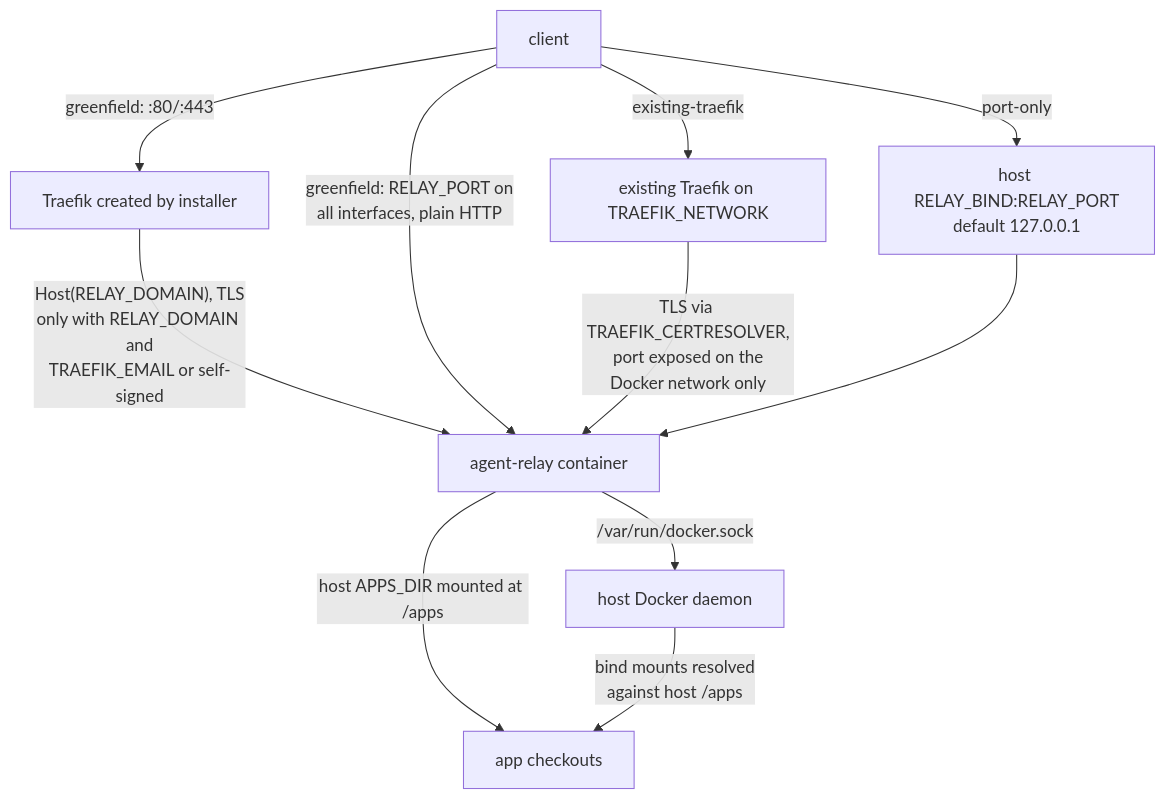
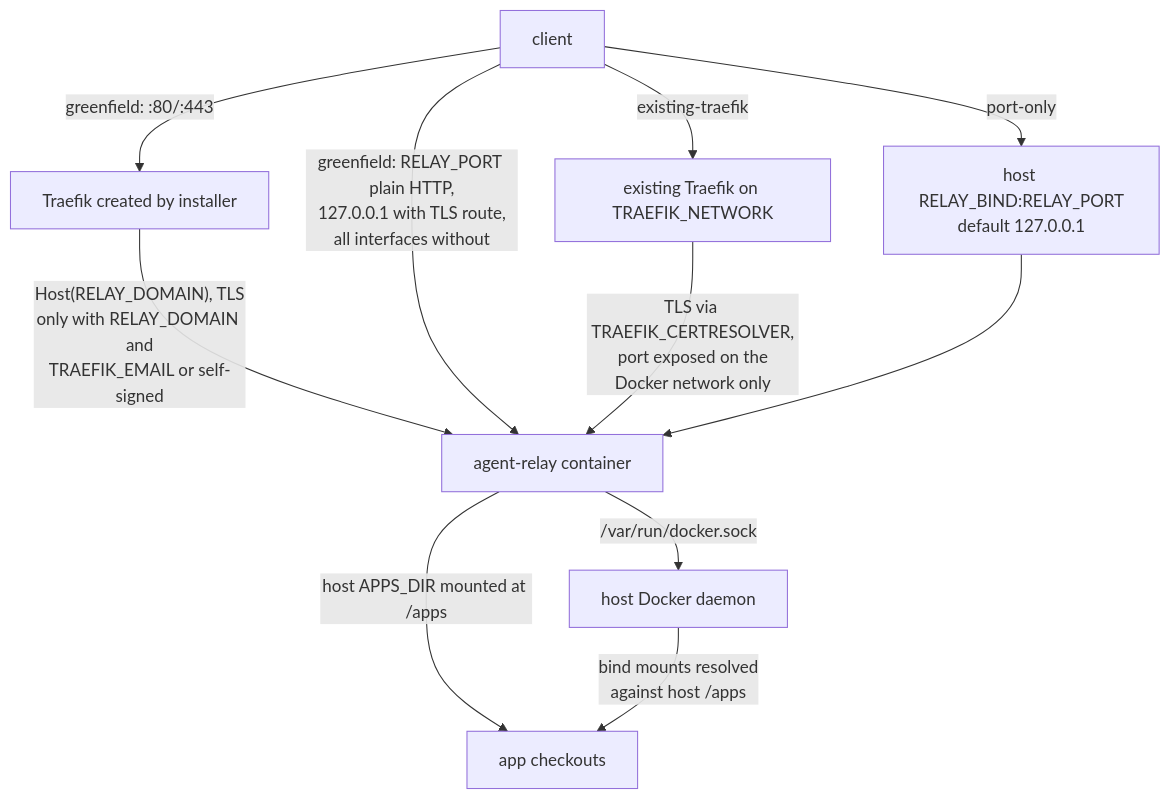
One commit to LanNguyenSi/agent-relay changed the first of 3 diagrams in docs/operations.md. Above: the diagram before and after it, drawn with Mermaid. The commit also changed other lines of this file and 11 other files, not shown here.

First line of the commit message:
fix(install): greenfield publishes the plain-HTTP port on loopback when a TLS route exists (#120)

````diff
--- a/docs/operations.md
+++ b/docs/operations.md
@@ -45,13 +45,13 @@
 ```mermaid
 flowchart TD
     NET["client"] -->|"greenfield: :80/:443"| TR["Traefik created by installer"]
     TR -->|"Host(RELAY_DOMAIN), TLS<br/>only with RELAY_DOMAIN and<br/>TRAEFIK_EMAIL or self-signed"| R["agent-relay container"]
-    NET -->|"greenfield: RELAY_PORT on<br/>all interfaces, plain HTTP"| R
+    NET -->|"greenfield: RELAY_PORT plain HTTP,<br/>127.0.0.1 with TLS route,<br/>all interfaces without"| R
     NET -->|"existing-traefik"| ET["existing Traefik on TRAEFIK_NETWORK"]
     ET -->|"TLS via TRAEFIK_CERTRESOLVER,<br/>port exposed on the<br/>Docker network only"| R
     NET -->|"port-only"| PO["host RELAY_BIND:RELAY_PORT<br/>default 127.0.0.1"]
     PO --> R
     R -->|"/var/run/docker.sock"| D["host Docker daemon"]
     R -->|"host APPS_DIR mounted at /apps"| A["app checkouts"]
     D -->|"bind mounts resolved<br/>against host /apps"| A
 ```
````
